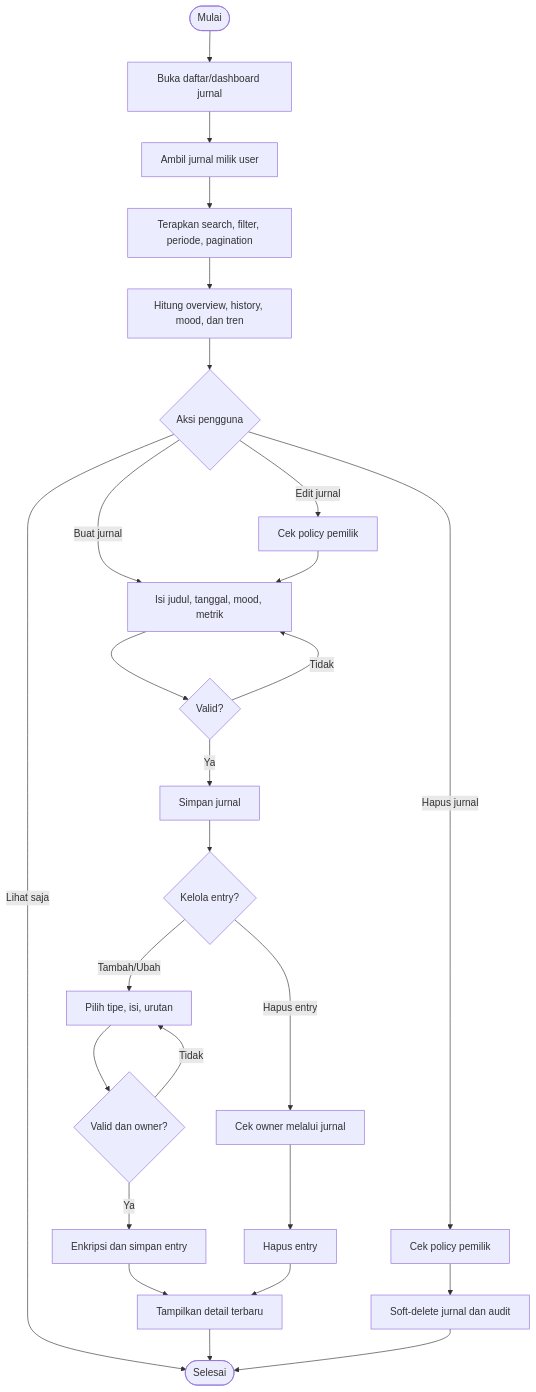
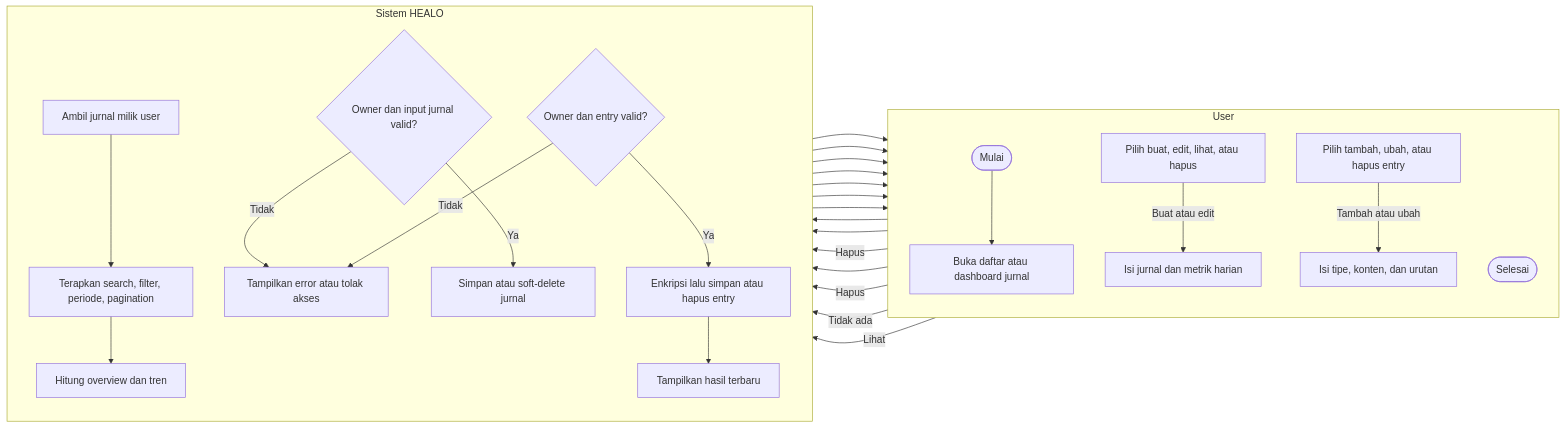
One commit to Daffa-Qiao/Healo changed the third of 11 diagrams in docs/system-analysis/03-activity-diagrams.md. Above: the diagram before and after it, drawn with Mermaid. The commit also changed other lines of this file and 4 other files, not shown here.

Commit message:
renew diagram

````diff
--- a/docs/system-analysis/03-activity-diagrams.md
+++ b/docs/system-analysis/03-activity-diagrams.md
@@ -74,28 +108,38 @@
 ```mermaid
-flowchart TD
-    A([Mulai]) --> B[Buka daftar/dashboard jurnal]
-    B --> C[Ambil jurnal milik user]
-    C --> D[Terapkan search, filter, periode, pagination]
-    D --> E[Hitung overview, history, mood, dan tren]
-    E --> F{Aksi pengguna}
-    F -- Buat jurnal --> G[Isi judul, tanggal, mood, metrik]
-    F -- Edit jurnal --> H[Cek policy pemilik]
-    H --> G
-    G --> I{Valid?}
-    I -- Tidak --> G
-    I -- Ya --> J[Simpan jurnal]
-    J --> K{Kelola entry?}
-    K -- Tambah/Ubah --> L[Pilih tipe, isi, urutan]
-    L --> M{Valid dan owner?}
-    M -- Tidak --> L
-    M -- Ya --> N[Enkripsi dan simpan entry]
-    K -- Hapus entry --> O[Cek owner melalui jurnal]
-    O --> P[Hapus entry]
-    N --> Q[Tampilkan detail terbaru]
-    P --> Q
-    F -- Hapus jurnal --> R[Cek policy pemilik]
-    R --> S[Soft-delete jurnal dan audit]
-    F -- Lihat saja --> T([Selesai])
-    Q --> T
-    S --> T
+flowchart LR
+    subgraph U["User"]
+        direction TB
+        U1([Mulai])
+        U2[Buka daftar atau dashboard jurnal]
+        U3[Pilih buat, edit, lihat, atau hapus]
+        U4[Isi jurnal dan metrik harian]
+        U5[Pilih tambah, ubah, atau hapus entry]
+        U6[Isi tipe, konten, dan urutan]
+        U7([Selesai])
+    end
+
+    subgraph S["Sistem HEALO"]
+        direction TB
+        S1[Ambil jurnal milik user]
+        S2[Terapkan search, filter, periode, pagination]
+        S3[Hitung overview dan tren]
+        S4{Owner dan input jurnal valid?}
+        S5[Simpan atau soft-delete jurnal]
+        S6{Owner dan entry valid?}
+        S7[Enkripsi lalu simpan atau hapus entry]
+        S8[Tampilkan hasil terbaru]
+        S9[Tampilkan error atau tolak akses]
+    end
+
+    U1 --> U2 --> S1 --> S2 --> S3 --> U3
+    U3 -- Buat atau edit --> U4 --> S4
+    U3 -- Hapus --> S4
+    S4 -- Tidak --> S9 --> U3
+    S4 -- Ya --> S5 --> U5
+    U5 -- Tambah atau ubah --> U6 --> S6
+    U5 -- Hapus --> S6
+    U5 -- Tidak ada --> S8 --> U7
+    S6 -- Tidak --> S9 --> U5
+    S6 -- Ya --> S7 --> S8 --> U7
+    U3 -- Lihat --> S8 --> U7
 ```
````
